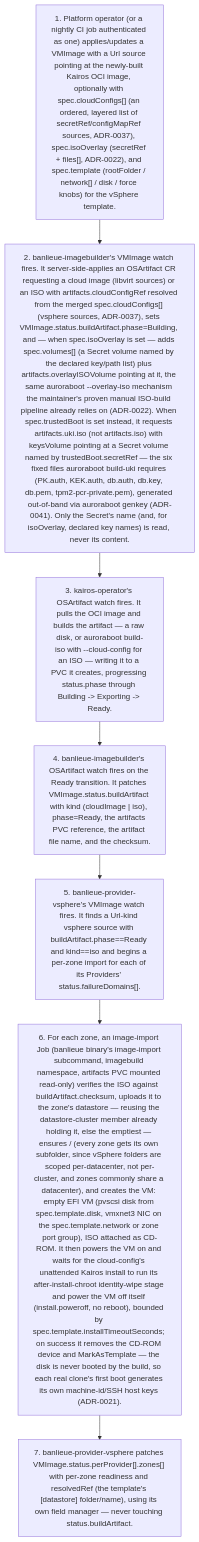
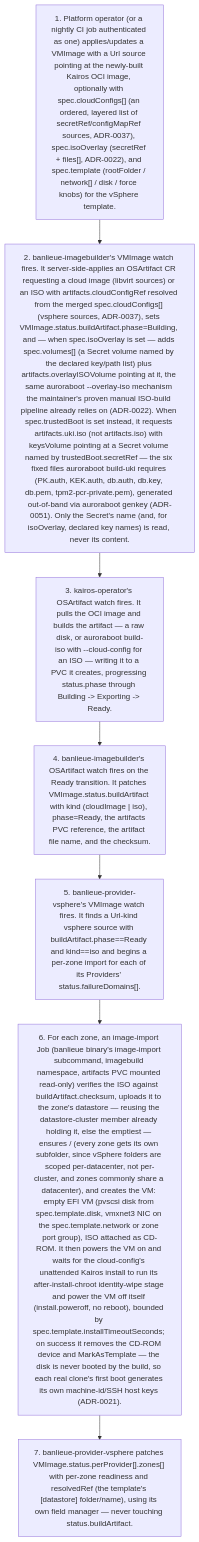
One commit to firestoned/banlieue changed the fifth of 8 diagrams in docs/src/architecture/flows.md. Above: the diagram before and after it, drawn with Mermaid. The commit also changed 127 other files, not shown here.

Commit message:
feat(libvirt): LibvirtMachine contract — CRD, domain procedures, XML builder (ADR-0050); reconcile roadmaps with the tree (#46)

````diff
--- a/docs/src/architecture/flows.md
+++ b/docs/src/architecture/flows.md
@@ -101,11 +101,11 @@
 ```mermaid
 flowchart TD
     t1["1. Platform operator (or a nightly CI job authenticated as one) applies/updates a VMImage with a Url source pointing at the newly-built Kairos OCI image, optionally with spec.cloudConfigs[] (an ordered, layered list of secretRef/configMapRef sources, ADR-0037), spec.isoOverlay (secretRef + files[], ADR-0022), and spec.template (rootFolder / network[] / disk / force knobs) for the vSphere template."]
-    t2["2. banlieue-imagebuilder's VMImage watch fires. It server-side-applies an OSArtifact CR requesting a cloud image (libvirt sources) or an ISO with artifacts.cloudConfigRef resolved from the merged spec.cloudConfigs[] (vsphere sources, ADR-0037), sets VMImage.status.buildArtifact.phase=Building, and — when spec.isoOverlay is set — adds spec.volumes[] (a Secret volume named by the declared key/path list) plus artifacts.overlayISOVolume pointing at it, the same auroraboot --overlay-iso mechanism the maintainer's proven manual ISO-build pipeline already relies on (ADR-0022). When spec.trustedBoot is set instead, it requests artifacts.uki.iso (not artifacts.iso) with keysVolume pointing at a Secret volume named by trustedBoot.secretRef — the six fixed files auroraboot build-uki requires (PK.auth, KEK.auth, db.auth, db.key, db.pem, tpm2-pcr-private.pem), generated out-of-band via auroraboot genkey (ADR-0041). Only the Secret's name (and, for isoOverlay, declared key names) is read, never its content."]
+    t2["2. banlieue-imagebuilder's VMImage watch fires. It server-side-applies an OSArtifact CR requesting a cloud image (libvirt sources) or an ISO with artifacts.cloudConfigRef resolved from the merged spec.cloudConfigs[] (vsphere sources, ADR-0037), sets VMImage.status.buildArtifact.phase=Building, and — when spec.isoOverlay is set — adds spec.volumes[] (a Secret volume named by the declared key/path list) plus artifacts.overlayISOVolume pointing at it, the same auroraboot --overlay-iso mechanism the maintainer's proven manual ISO-build pipeline already relies on (ADR-0022). When spec.trustedBoot is set instead, it requests artifacts.uki.iso (not artifacts.iso) with keysVolume pointing at a Secret volume named by trustedBoot.secretRef — the six fixed files auroraboot build-uki requires (PK.auth, KEK.auth, db.auth, db.key, db.pem, tpm2-pcr-private.pem), generated out-of-band via auroraboot genkey (ADR-0051). Only the Secret's name (and, for isoOverlay, declared key names) is read, never its content."]
     t3["3. kairos-operator's OSArtifact watch fires. It pulls the OCI image and builds the artifact — a raw disk, or auroraboot build-iso with --cloud-config for an ISO — writing it to a PVC it creates, progressing status.phase through Building -> Exporting -> Ready."]
     t4["4. banlieue-imagebuilder's OSArtifact watch fires on the Ready transition. It patches VMImage.status.buildArtifact with kind (cloudImage | iso), phase=Ready, the artifacts PVC reference, the artifact file name, and the checksum."]
     t5["5. banlieue-provider-vsphere's VMImage watch fires. It finds a Url-kind vsphere source with buildArtifact.phase==Ready and kind==iso and begins a per-zone import for each of its Providers' status.failureDomains[]."]
     t6["6. For each zone, an image-import Job (banlieue binary's image-import subcommand, imagebuild namespace, artifacts PVC mounted read-only) verifies the ISO against buildArtifact.checksum, uploads it to the zone's datastore — reusing the datastore-cluster member already holding it, else the emptiest — ensures <spec.template.rootFolder>/<failure-domain-name> (every zone gets its own subfolder, since vSphere folders are scoped per-datacenter, not per-cluster, and zones commonly share a datacenter), and creates the VM: empty EFI VM (pvscsi disk from spec.template.disk, vmxnet3 NIC on the spec.template.network or zone port group), ISO attached as CD-ROM. It then powers the VM on and waits for the cloud-config's unattended Kairos install to run its after-install-chroot identity-wipe stage and power the VM off itself (install.poweroff, no reboot), bounded by spec.template.installTimeoutSeconds; on success it removes the CD-ROM device and MarkAsTemplate — the disk is never booted by the build, so each real clone's first boot generates its own machine-id/SSH host keys (ADR-0021)."]
     t7["7. banlieue-provider-vsphere patches VMImage.status.perProvider[].zones[] with per-zone readiness and resolvedRef (the template's [datastore] folder/name), using its own field manager — never touching status.buildArtifact."]
     t1 --> t2 --> t3 --> t4 --> t5 --> t6 --> t7
 ```
````
